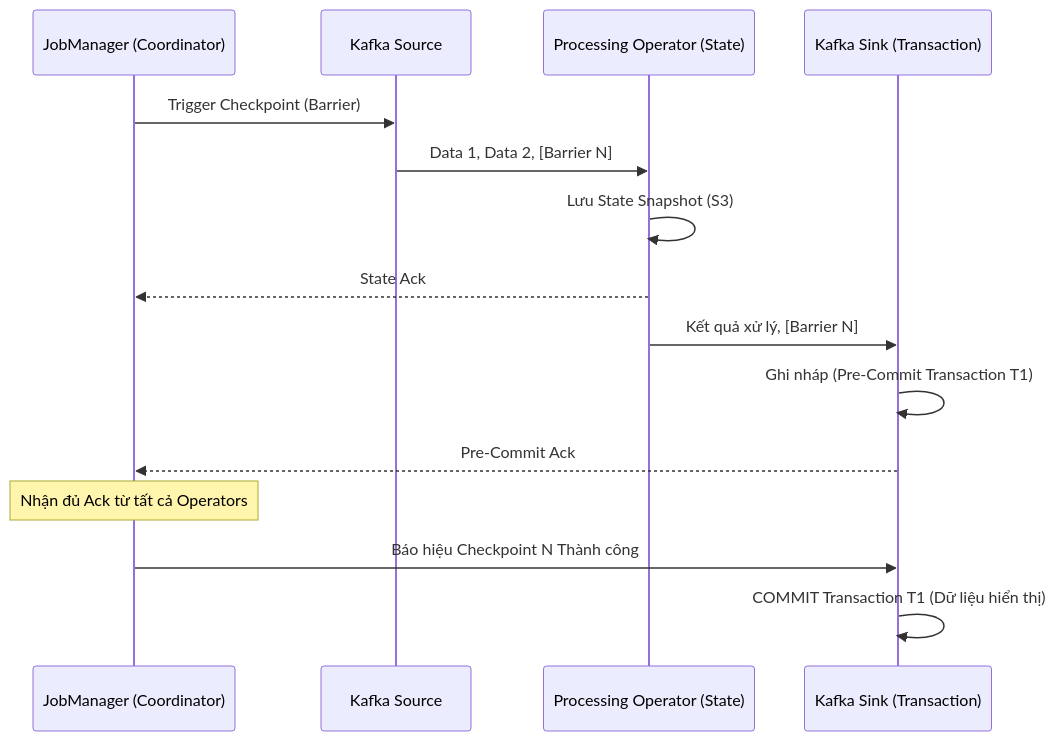
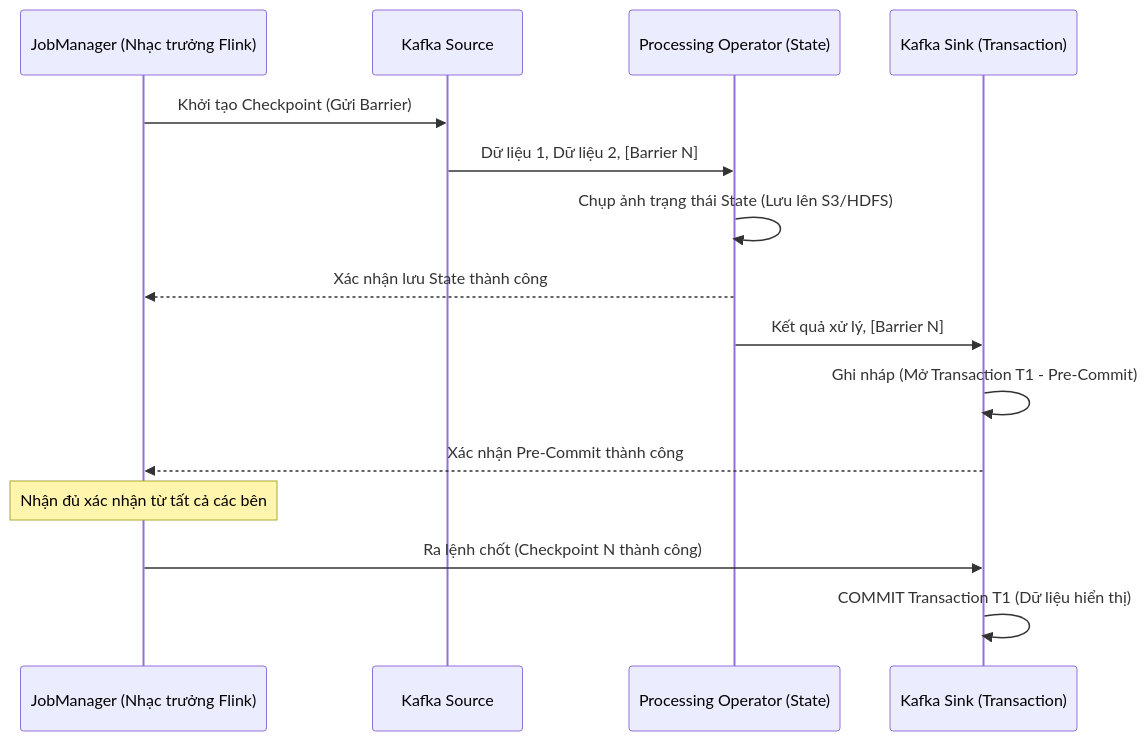
The diagram in src/content/docs/concepts/exactly-once-semantics.md (kythuatdulieu/kythuatdulieu.github.io), drawn with Mermaid before and after one commit. The commit also changed other lines of this file and 179 other files, not shown here.

Commit message:
fix: build error and mermaid theme

````diff
--- a/src/content/docs/concepts/exactly-once-semantics.md
+++ b/src/content/docs/concepts/exactly-once-semantics.md
@@ -64,18 +52,18 @@
 ```mermaid
 sequenceDiagram
-    participant JM as JobManager (Coordinator)
+    participant JM as JobManager (Nhạc trưởng Flink)
     participant Source as Kafka Source
     participant Op as Processing Operator (State)
     participant Sink as Kafka Sink (Transaction)
     
-    JM->>Source: Trigger Checkpoint (Barrier)
-    Source->>Op: Data 1, Data 2, [Barrier N]
-    Op->>Op: Lưu State Snapshot (S3)
-    Op-->>JM: State Ack
+    JM->>Source: Khởi tạo Checkpoint (Gửi Barrier)
+    Source->>Op: Dữ liệu 1, Dữ liệu 2, [Barrier N]
+    Op->>Op: Chụp ảnh trạng thái State (Lưu lên S3/HDFS)
+    Op-->>JM: Xác nhận lưu State thành công
     Op->>Sink: Kết quả xử lý, [Barrier N]
-    Sink->>Sink: Ghi nháp (Pre-Commit Transaction T1)
-    Sink-->>JM: Pre-Commit Ack
-    Note over JM: Nhận đủ Ack từ tất cả Operators
-    JM->>Sink: Báo hiệu Checkpoint N Thành công
+    Sink->>Sink: Ghi nháp (Mở Transaction T1 - Pre-Commit)
+    Sink-->>JM: Xác nhận Pre-Commit thành công
+    Note over JM: Nhận đủ xác nhận từ tất cả các bên
+    JM->>Sink: Ra lệnh chốt (Checkpoint N thành công)
     Sink->>Sink: COMMIT Transaction T1 (Dữ liệu hiển thị)
 ```
````
